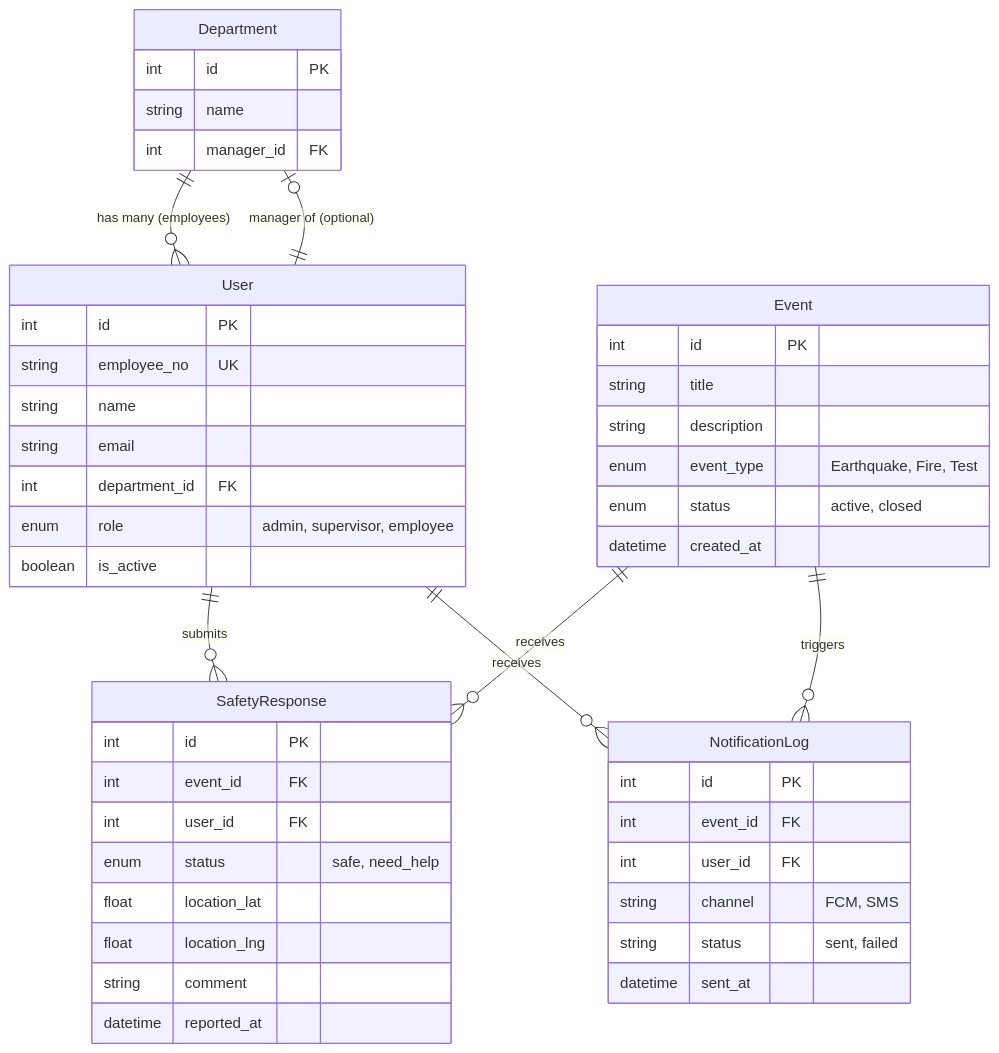
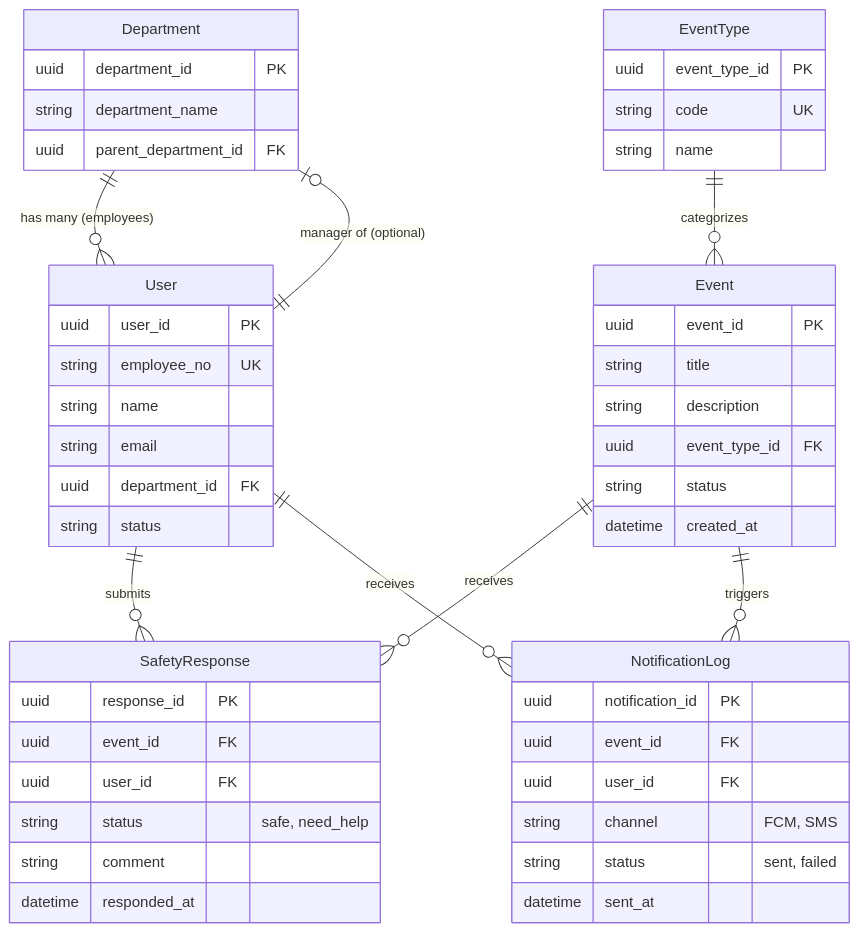
The first of 4 diagrams in docs/architecture.md (Diteaphr/cnad-safety-response), drawn with Mermaid before and after one commit. The commit also changed other lines of this file and 1 other file, not shown here.

Commit message:
docs: update ER diagram and README for event_types table
- architecture.md: ER 圖新增 EventType 實體及其與 Event 的關聯，
  並將所有 PK/FK 更新為 UUID 以對齊實際 SQLAlchemy models
- README.md: 說明 migrations 包含 event_types 表及 events.event_type_id FK，
  並更新 demo seed 的描述

````diff
--- a/docs/architecture.md
+++ b/docs/architecture.md
@@ -9,54 +9,58 @@
 ```mermaid
 erDiagram
     Department ||--o{ User : "has many (employees)"
     User ||--o| Department : "manager of (optional)"
+    EventType ||--o{ Event : "categorizes"
     Event ||--o{ SafetyResponse : "receives"
     User ||--o{ SafetyResponse : "submits"
     User ||--o{ NotificationLog : "receives"
     Event ||--o{ NotificationLog : "triggers"
 
     User {
-        int id PK
+        uuid user_id PK
         string employee_no UK
         string name
         string email
-        int department_id FK
-        enum role "admin, supervisor, employee"
-        boolean is_active
+        uuid department_id FK
+        string status
     }
 
     Department {
-        int id PK
+        uuid department_id PK
+        string department_name
+        uuid parent_department_id FK
+    }
+
+    EventType {
+        uuid event_type_id PK
+        string code UK
         string name
-        int manager_id FK
     }
 
     Event {
-        int id PK
+        uuid event_id PK
         string title
         string description
-        enum event_type "Earthquake, Fire, Test"
-        enum status "active, closed"
+        uuid event_type_id FK
+        string status
         datetime created_at
     }
 
     SafetyResponse {
-        int id PK
-        int event_id FK
-        int user_id FK
-        enum status "safe, need_help"
-        float location_lat
-        float location_lng
+        uuid response_id PK
+        uuid event_id FK
+        uuid user_id FK
+        string status "safe, need_help"
         string comment
-        datetime reported_at
+        datetime responded_at
     }
 
     NotificationLog {
-        int id PK
-        int event_id FK
-        int user_id FK
+        uuid notification_id PK
+        uuid event_id FK
+        uuid user_id FK
         string channel "FCM, SMS"
         string status "sent, failed"
         datetime sent_at
     }
 ```
````
